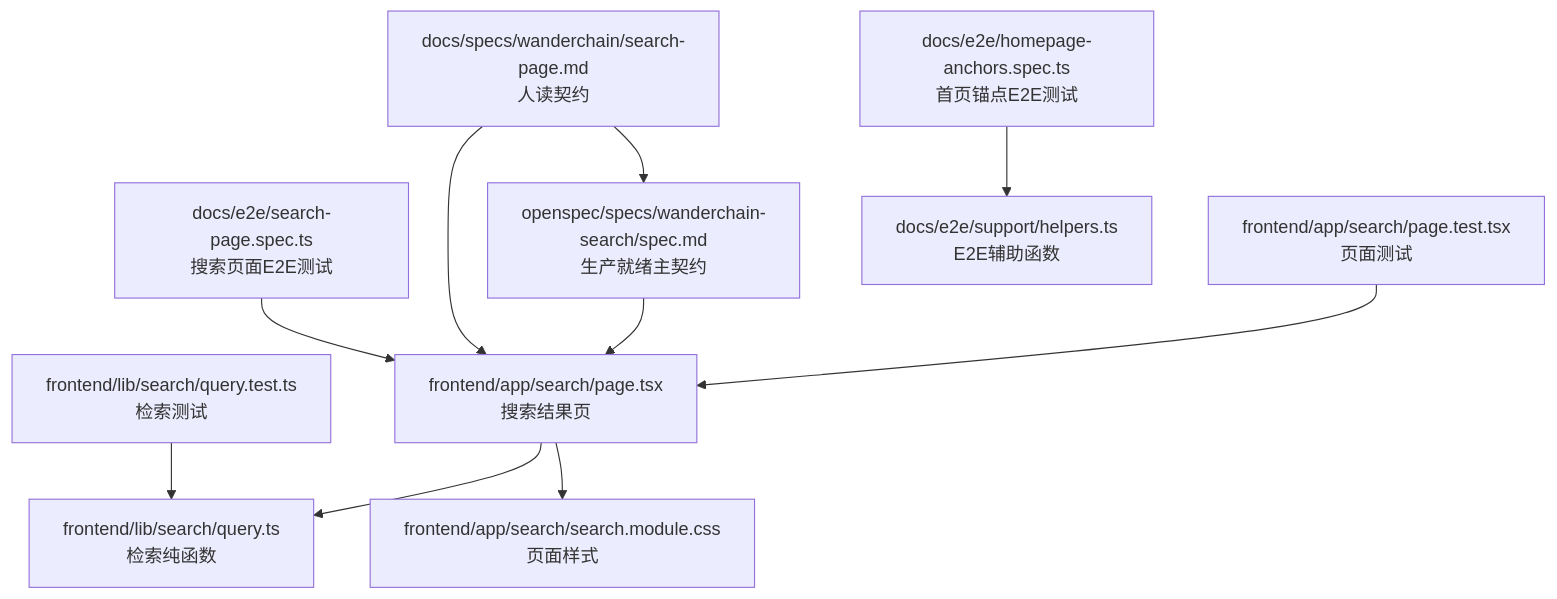
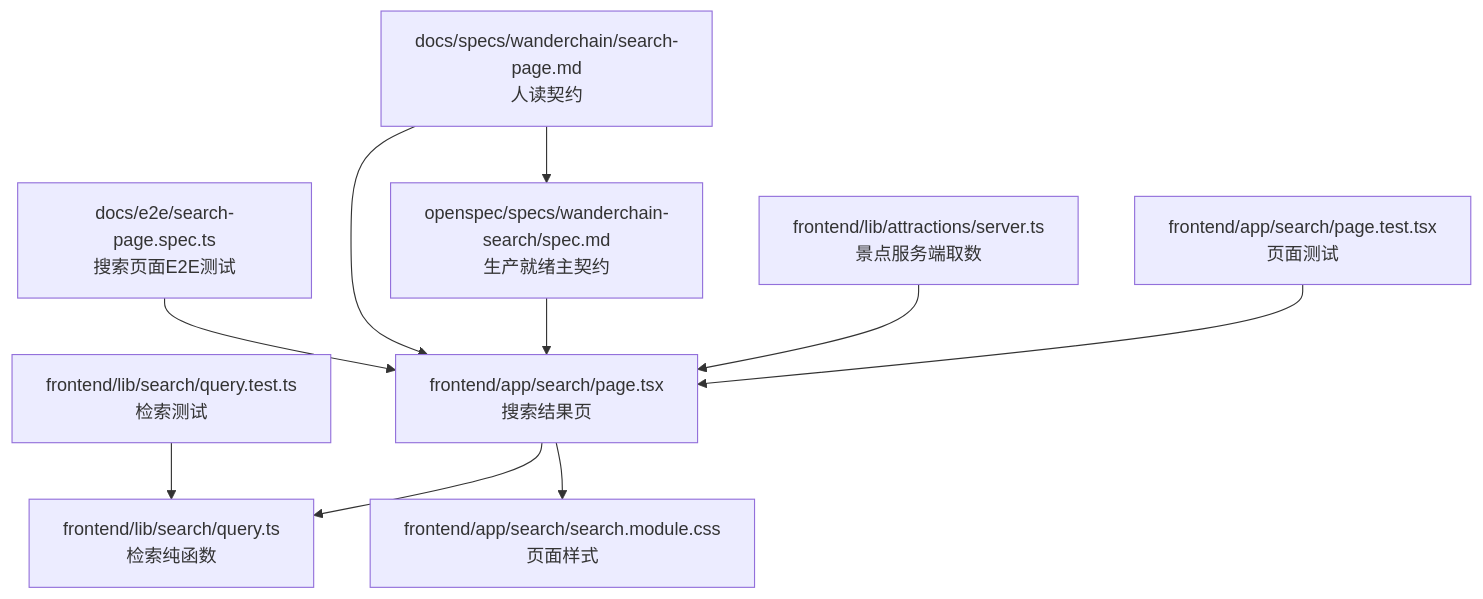
The first of 8 diagrams in .qoder/repowiki/zh/content/规格驱动开发/WanderChain 首页规格文档/WanderChain 搜索页面规格.md (luyitiger6/my-first-project), drawn with Mermaid before and after one commit. The commit also changed other lines of this file and 36 other files, not shown here.

````diff
--- a/.qoder/repowiki/zh/content/规格驱动开发/WanderChain 首页规格文档/WanderChain 搜索页面规格.md
+++ b/.qoder/repowiki/zh/content/规格驱动开发/WanderChain 首页规格文档/WanderChain 搜索页面规格.md
@@ -61,12 +65,12 @@
 ```mermaid
 graph TB
 A["docs/specs/wanderchain/search-page.md<br/>人读契约"] --> B["openspec/specs/wanderchain-search/spec.md<br/>生产就绪主契约"]
 C["frontend/app/search/page.tsx<br/>搜索结果页"] --> D["frontend/lib/search/query.ts<br/>检索纯函数"]
 C --> E["frontend/app/search/search.module.css<br/>页面样式"]
 F["frontend/app/search/page.test.tsx<br/>页面测试"] --> C
 G["frontend/lib/search/query.test.ts<br/>检索测试"] --> D
+H["frontend/lib/attractions/server.ts<br/>景点服务端取数"] --> C
 B --> C
 A --> C
-H["docs/e2e/search-page.spec.ts<br/>搜索页面E2E测试"] --> C
-I["docs/e2e/homepage-anchors.spec.ts<br/>首页锚点E2E测试"] --> J["docs/e2e/support/helpers.ts<br/>E2E辅助函数"]
+I["docs/e2e/search-page.spec.ts<br/>搜索页面E2E测试"] --> C
 ```
````
